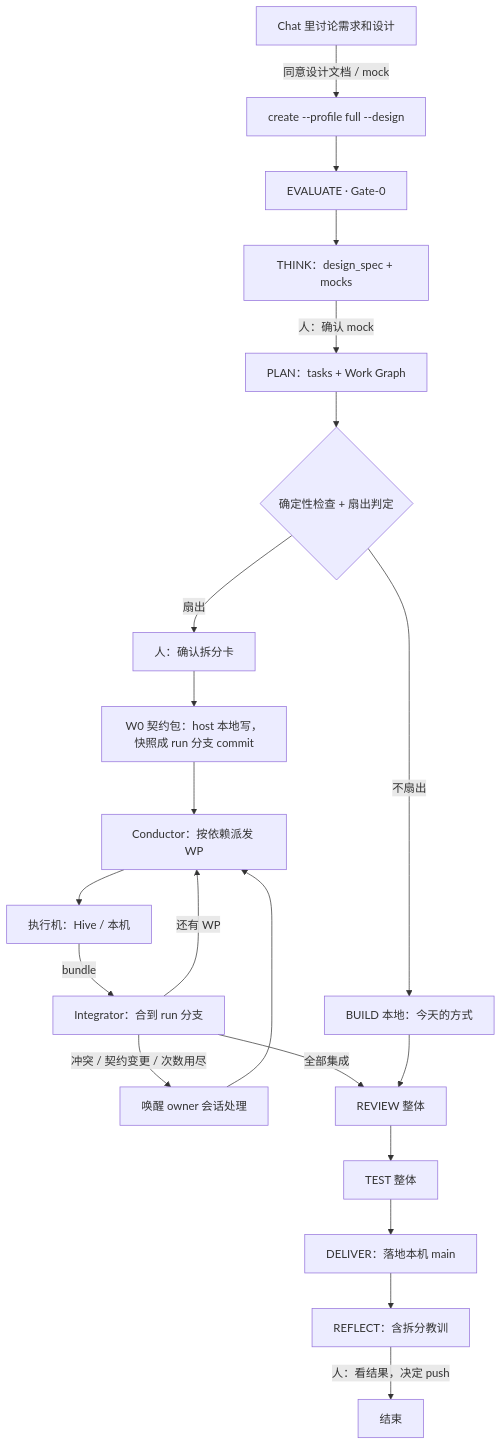
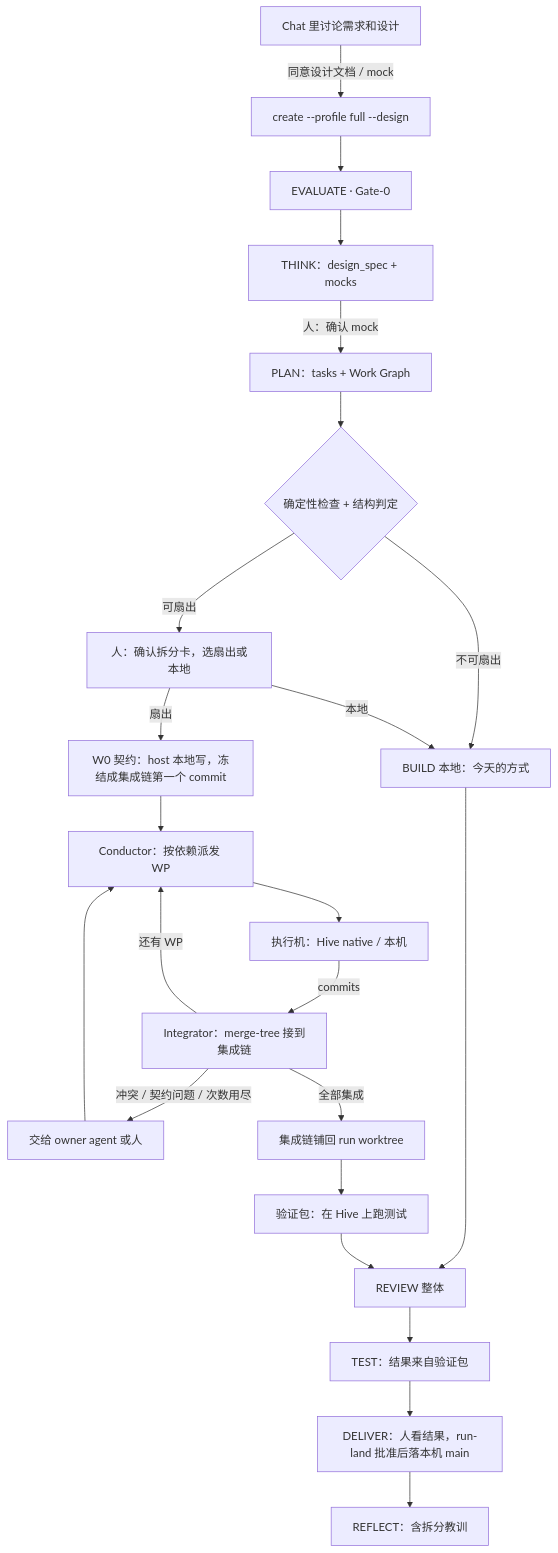
Before and after one commit to xg-gh-25/SwarmAI: the first of 2 diagrams in docs/design/2026-10-31-swarm-run.md, drawn with Mermaid. The commit also changed other lines of this file, not shown here.

First line of the commit message:
docs(design): Swarm Run r2 — fix by cause after zero-context premise review

````diff
--- a/docs/design/2026-10-31-swarm-run.md
+++ b/docs/design/2026-10-31-swarm-run.md
@@ -103,21 +112,25 @@
 ```mermaid
 flowchart TD
   C[Chat 里讨论需求和设计] -->|同意设计文档 / mock| E[create --profile full --design]
   E --> EV[EVALUATE · Gate-0]
   EV --> TH[THINK：design_spec + mocks]
   TH -->|人：确认 mock| PL[PLAN：tasks + Work Graph]
-  PL --> V{确定性检查 + 扇出判定}
-  V -->|不扇出| BL[BUILD 本地：今天的方式]
-  V -->|扇出| PC[人：确认拆分卡]
-  PC --> W0[W0 契约包：host 本地写，快照成 run 分支 commit]
+  PL --> V{确定性检查 + 结构判定}
+  V -->|不可扇出| BL[BUILD 本地：今天的方式]
+  V -->|可扇出| PC[人：确认拆分卡，选扇出或本地]
+  PC -->|本地| BL
+  PC -->|扇出| W0[W0 契约：host 本地写，冻结成集成链第一个 commit]
   W0 --> CD[Conductor：按依赖派发 WP]
-  CD --> X1[执行机：Hive / 本机]
-  X1 -->|bundle| IN[Integrator：合到 run 分支]
+  CD --> X1[执行机：Hive native / 本机]
+  X1 -->|commits| IN[Integrator：merge-tree 接到集成链]
   IN -->|还有 WP| CD
-  IN -->|冲突 / 契约变更 / 次数用尽| WK[唤醒 owner 会话处理]
+  IN -->|冲突 / 契约问题 / 次数用尽| WK[交给 owner agent 或人]
   WK --> CD
-  IN -->|全部集成| RV[REVIEW 整体]
+  IN -->|全部集成| MT[集成链铺回 run worktree]
+  MT --> VF[验证包：在 Hive 上跑测试]
   BL --> RV
-  RV --> TS[TEST 整体] --> DL[DELIVER：落地本机 main] --> RF[REFLECT：含拆分教训]
-  RF -->|人：看结果，决定 push| END[结束]
+  VF --> RV[REVIEW 整体]
+  RV --> TS[TEST：结果来自验证包]
+  TS --> DL[DELIVER：人看结果，run-land 批准后落本机 main]
+  DL --> RF[REFLECT：含拆分教训]
 ```
````
